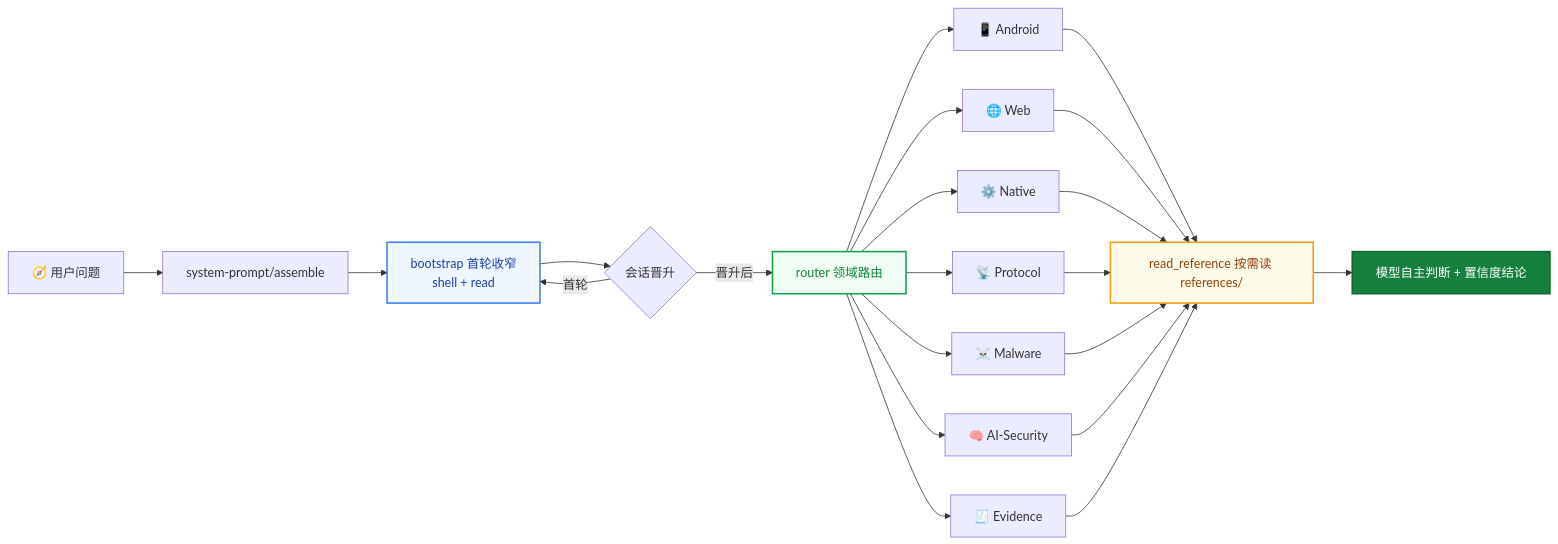
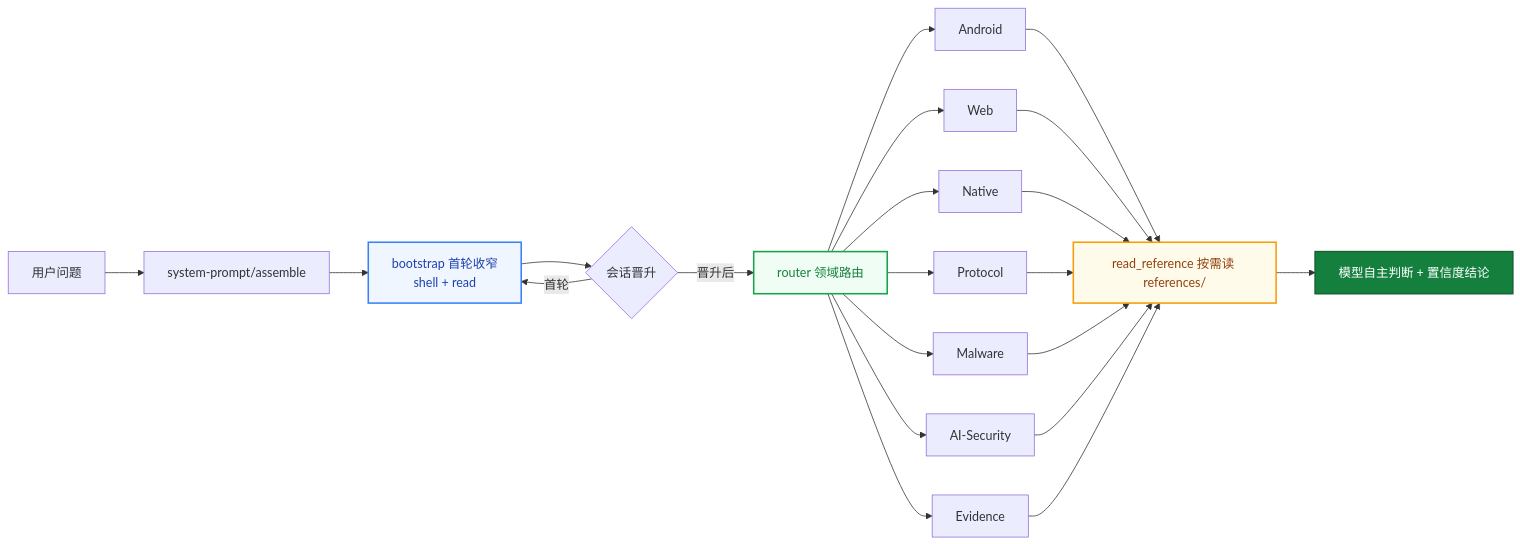
Before and after one commit to ADWMC/helm-d: the diagram in README.md, drawn with Mermaid. The commit also changed other lines of this file and 1 other file, not shown here.

Commit message:
docs(readme): drop emoji from headers and mermaid nodes

````diff
--- a/README.md
+++ b/README.md
@@ -71,22 +71,22 @@
 ```mermaid
 flowchart LR
-    Q["🧭 用户问题"] --> SP["system-prompt/assemble"]
+    Q["用户问题"] --> SP["system-prompt/assemble"]
     SP --> BS["bootstrap 首轮收窄<br/>shell + read"]
     BS --> P{"会话晋升"}
     P -->|首轮| BS
     P -->|晋升后| ROUTER["router 领域路由"]
-    ROUTER --> ANDROID["📱 Android"]
-    ROUTER --> WEB["🌐 Web"]
-    ROUTER --> NATIVE["⚙️ Native"]
-    ROUTER --> PROTO["📡 Protocol"]
-    ROUTER --> MAL["☠️ Malware"]
-    ROUTER --> AI["🧠 AI-Security"]
-    ROUTER --> EVID["🧾 Evidence"]
+    ROUTER --> ANDROID["Android"]
+    ROUTER --> WEB["Web"]
+    ROUTER --> NATIVE["Native"]
+    ROUTER --> PROTO["Protocol"]
+    ROUTER --> MAL["Malware"]
+    ROUTER --> AI["AI-Security"]
+    ROUTER --> EVID["Evidence"]
     ANDROID & WEB & NATIVE & PROTO & MAL & AI & EVID --> REF["read_reference 按需读 references/"]
     REF --> OUT["模型自主判断 + 置信度结论"]
 
     style BS fill:#eff6ff,stroke:#3b82f6,stroke-width:2px,color:#1e40af
     style ROUTER fill:#f0fdf4,stroke:#16a34a,stroke-width:2px,color:#15803d
     style REF fill:#fffbeb,stroke:#f59e0b,stroke-width:2px,color:#92400e
     style OUT fill:#15803d,color:#fff,stroke:#166534,stroke-width:2px
 ```
````
